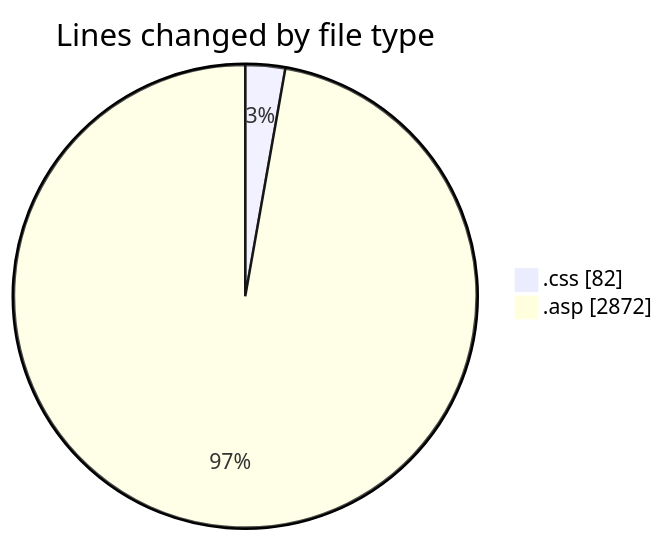
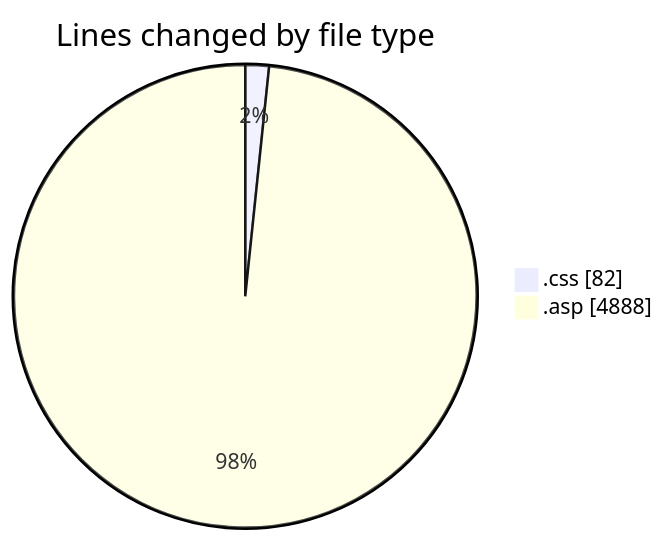
One commit to julien-gomy/code-tracking changed the first of 2 diagrams in 2025-11-16/cdp_aleoudev_fr__workspace_/README.md. Above: the diagram before and after it, drawn with Mermaid. The commit also changed other lines of this file and 1 other file, not shown here.

````diff
--- a/2025-11-16/cdp_aleoudev_fr__workspace_/README.md
+++ b/2025-11-16/cdp_aleoudev_fr__workspace_/README.md
@@ -25,6 +27,6 @@
 ```mermaid
 pie showData
 title Lines changed by file type
 ".css" : 82
-".asp" : 2872
+".asp" : 4888
 ```
````
